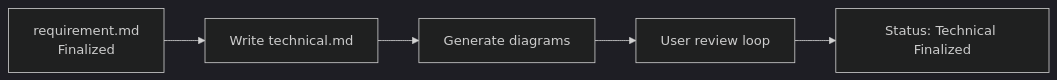
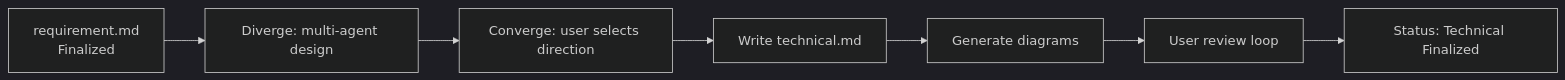
The first of 5 diagrams in req-2-tech/SKILL.md (GOODDAYDAY/my-skills), drawn with Mermaid (dark theme) before and after one commit. The commit also changed other lines of this file and 3 other files, not shown here.

First line of the commit message:
feat(diverge-converge): introduce pattern + downstream-stage preview

````diff
--- a/req-2-tech/SKILL.md
+++ b/req-2-tech/SKILL.md
@@ -13,7 +13,9 @@
 ```mermaid
 flowchart LR
-    A[requirement.md\nFinalized] --> B[Write technical.md]
-    B --> C[Generate diagrams]
-    C --> D[User review loop]
-    D --> E[Status: Technical Finalized]
+    A[requirement.md\nFinalized] --> B[Diverge: multi-agent design]
+    B --> C[Converge: user selects direction]
+    C --> D[Write technical.md]
+    D --> E[Generate diagrams]
+    E --> F[User review loop]
+    F --> G[Status: Technical Finalized]
 ```
````
